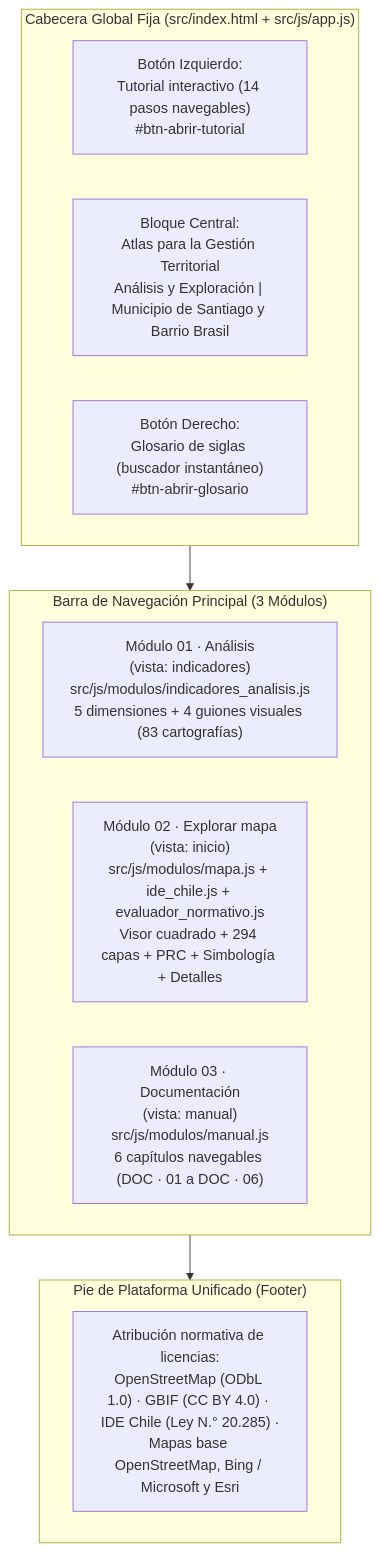
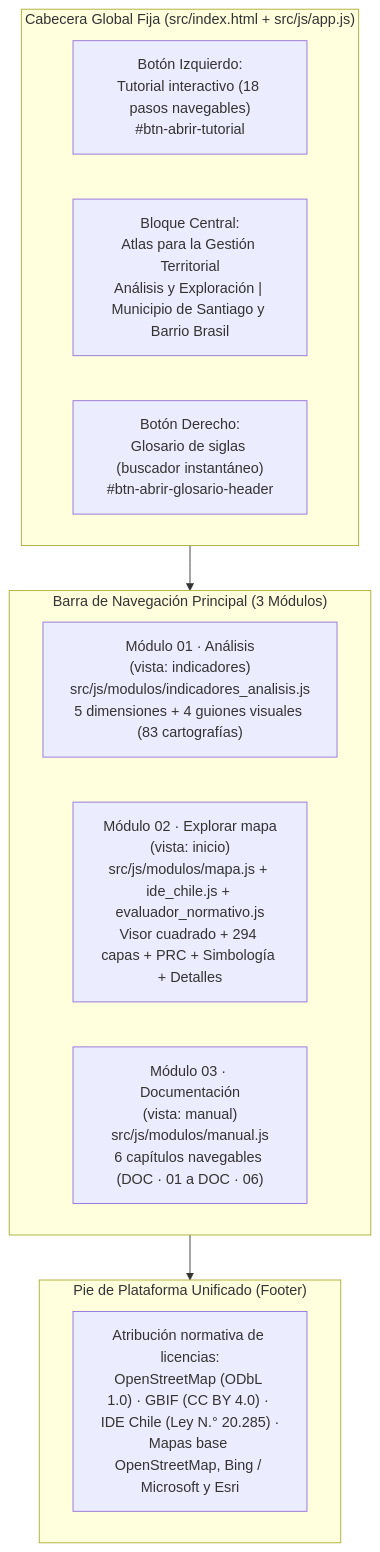
The ninth of 11 diagrams in docs/MANUAL_ACTUALIZACION_ATLAS.md (GEOJOTA/atlas-vgi-barrio-brasil), drawn with Mermaid before and after one commit. The commit also changed other lines of this file and 22 other files, not shown here.

````diff
--- a/docs/MANUAL_ACTUALIZACION_ATLAS.md
+++ b/docs/MANUAL_ACTUALIZACION_ATLAS.md
@@ -559,20 +559,20 @@
 ```mermaid
 flowchart TD
     subgraph HEADER["Cabecera Global Fija (src/index.html + src/js/app.js)"]
-        TUT["Botón Izquierdo:\nTutorial interactivo (14 pasos navegables)\n#btn-abrir-tutorial"]
+        TUT["Botón Izquierdo:\nTutorial interactivo (18 pasos navegables)\n#btn-abrir-tutorial"]
         TIT["Bloque Central:\nAtlas para la Gestión Territorial\nAnálisis y Exploración | Municipio de Santiago y Barrio Brasil"]
-        GLO["Botón Derecho:\nGlosario de siglas (buscador instantáneo)\n#btn-abrir-glosario"]
+        GLO["Botón Derecho:\nGlosario de siglas (buscador instantáneo)\n#btn-abrir-glosario-header"]
     end
 
     subgraph NAV["Barra de Navegación Principal (3 Módulos)"]
         M01["Módulo 01 · Análisis\n(vista: indicadores)\nsrc/js/modulos/indicadores_analisis.js\n5 dimensiones + 4 guiones visuales (83 cartografías)"]
         M02["Módulo 02 · Explorar mapa\n(vista: inicio)\nsrc/js/modulos/mapa.js + ide_chile.js + evaluador_normativo.js\nVisor cuadrado + 294 capas + PRC + Simbología + Detalles"]
         M03["Módulo 03 · Documentación\n(vista: manual)\nsrc/js/modulos/manual.js\n6 capítulos navegables (DOC · 01 a DOC · 06)"]
     end
 
     subgraph FOOTER["Pie de Plataforma Unificado (Footer)"]
         LIC["Atribución normativa de licencias:\nOpenStreetMap (ODbL 1.0) · GBIF (CC BY 4.0) · IDE Chile (Ley N.° 20.285) ·\nMapas base OpenStreetMap, Bing / Microsoft y Esri"]
     end
 
     HEADER --> NAV --> FOOTER
 ```
````
